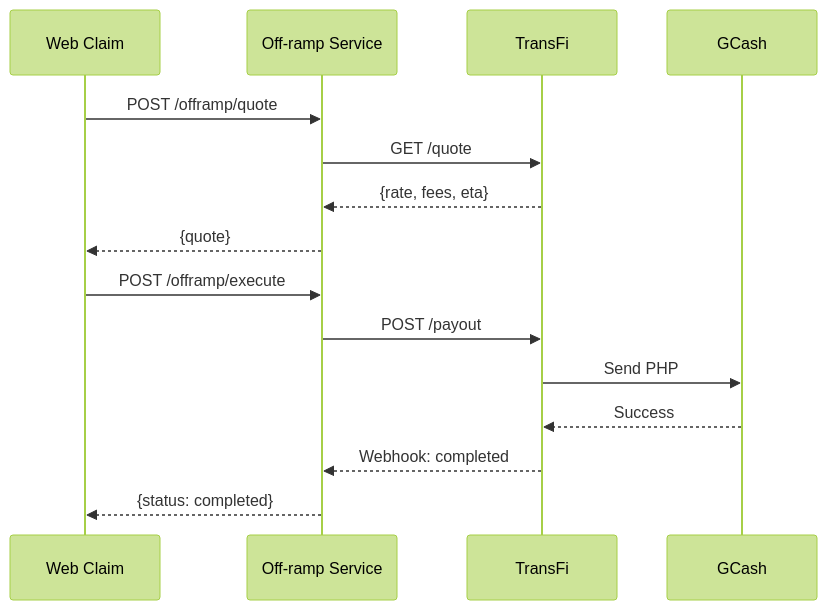
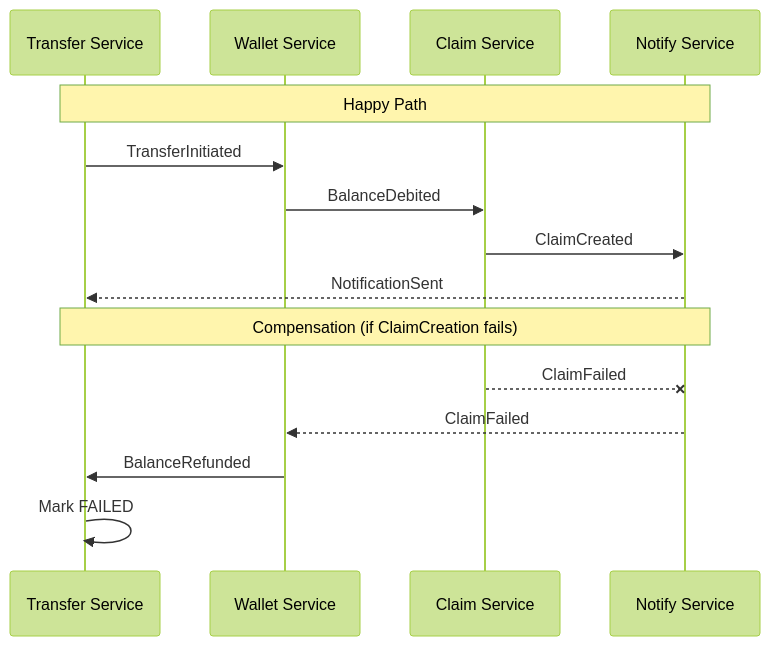
The eighth of 27 diagrams in docs/ARCHITECTURE.md (ping-cash/ping-cash), drawn with Mermaid (forest theme) before and after one commit. The commit also changed other lines of this file and 35 other files, not shown here.

````diff
--- a/docs/ARCHITECTURE.md
+++ b/docs/ARCHITECTURE.md
@@ -318,19 +378,19 @@
 ```mermaid
 sequenceDiagram
-    participant W as Web Claim
-    participant O as Off-ramp Service
-    participant T as TransFi
-    participant G as GCash
+    participant T as Transfer Service
+    participant W as Wallet Service
+    participant C as Claim Service
+    participant N as Notify Service
 
-    W->>O: POST /offramp/quote
-    O->>T: GET /quote
-    T-->>O: {rate, fees, eta}
-    O-->>W: {quote}
+    Note over T,N: Happy Path
+    T->>W: TransferInitiated
+    W->>C: BalanceDebited
+    C->>N: ClaimCreated
+    N-->>T: NotificationSent
 
-    W->>O: POST /offramp/execute
-    O->>T: POST /payout
-    T->>G: Send PHP
-    G-->>T: Success
-    T-->>O: Webhook: completed
-    O-->>W: {status: completed}
+    Note over T,N: Compensation (if ClaimCreation fails)
+    C--xN: ClaimFailed
+    N-->>W: ClaimFailed
+    W->>T: BalanceRefunded
+    T->>T: Mark FAILED
 ```
````
